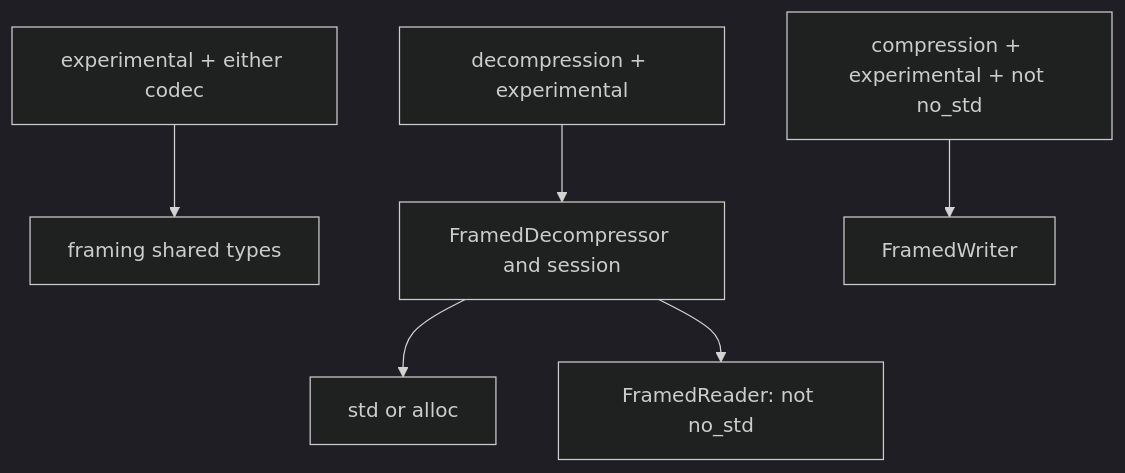
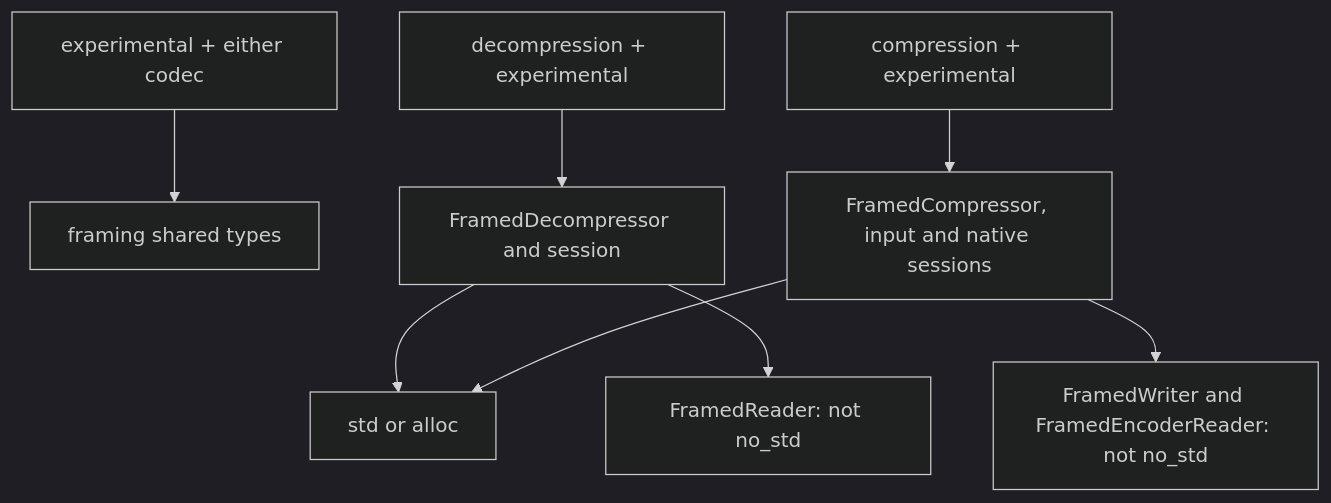
One commit to Mnwa/mbrotli changed the fourth of 4 diagrams in architecture/codec-features.md. Above: the diagram before and after it, drawn with Mermaid (dark theme). The commit also changed other lines of this file and 59 other files, not shown here.

Commit message:
Move Compressor::compress_framed to FramedCompressor

````diff
--- a/architecture/codec-features.md
+++ b/architecture/codec-features.md
@@ -121,8 +122,10 @@
 ```mermaid
 graph TD
     Experimental[experimental + either codec] --> Neutral[framing shared types]
     Decode[decompression + experimental] --> Framed[FramedDecompressor and session]
     Framed --> Alloc[std or alloc]
     Framed --> Reader[FramedReader: not no_std]
-    Encode[compression + experimental + not no_std] --> Writer[FramedWriter]
+    Encode[compression + experimental] --> Owner[FramedCompressor, input and native sessions]
+    Owner --> Alloc
+    Owner --> Writer[FramedWriter and FramedEncoderReader: not no_std]
 ```
````
